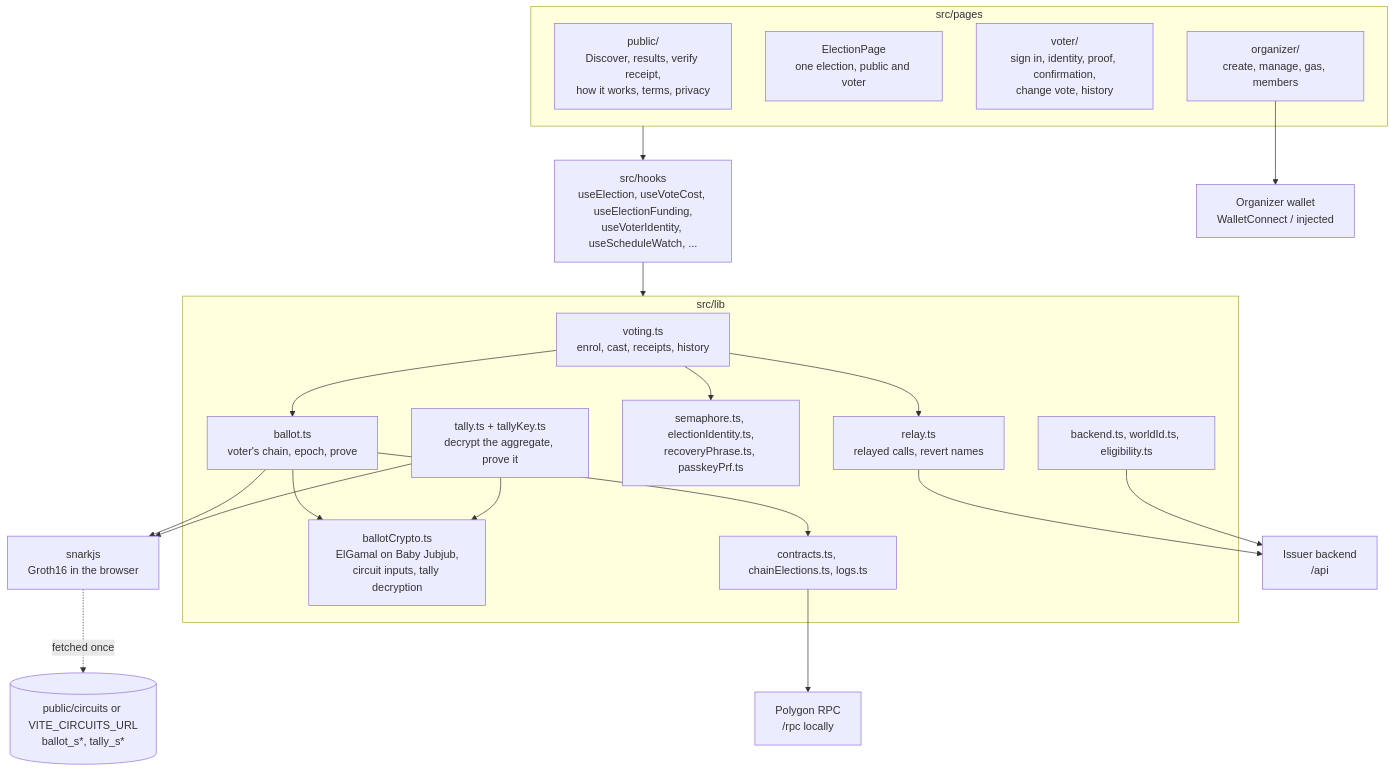
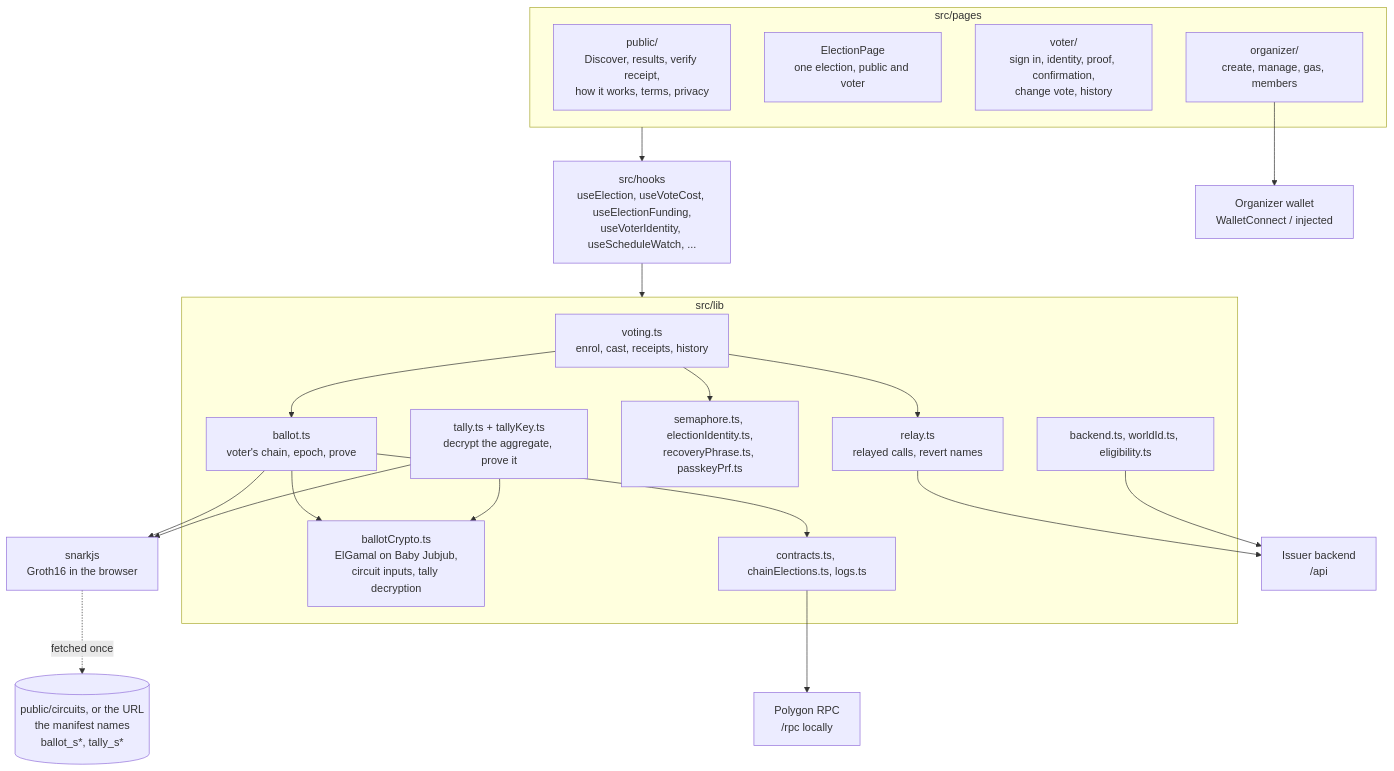
The diagram in frontend/README.md (CodeInIA/votain), drawn with Mermaid before and after one commit. The commit also changed 20 other files, not shown here.

````diff
--- a/frontend/README.md
+++ b/frontend/README.md
@@ -19,42 +19,42 @@
 ```mermaid
 flowchart TB
   subgraph pages["src/pages"]
     public["public/<br/>Discover, results, verify receipt,<br/>how it works, terms, privacy"]
     election["ElectionPage<br/>one election, public and voter"]
     voterp["voter/<br/>sign in, identity, proof, confirmation,<br/>change vote, history"]
     orgp["organizer/<br/>create, manage, gas, members"]
   end
 
   hooks["src/hooks<br/>useElection, useVoteCost, useElectionFunding,<br/>useVoterIdentity, useScheduleWatch, ..."]
 
   subgraph lib["src/lib"]
     voting["voting.ts<br/>enrol, cast, receipts, history"]
     ballot["ballot.ts<br/>voter's chain, epoch, prove"]
     crypto["ballotCrypto.ts<br/>ElGamal on Baby Jubjub,<br/>circuit inputs, tally decryption"]
     tally["tally.ts + tallyKey.ts<br/>decrypt the aggregate, prove it"]
     identity["semaphore.ts, electionIdentity.ts,<br/>recoveryPhrase.ts, passkeyPrf.ts"]
     relay["relay.ts<br/>relayed calls, revert names"]
     chainread["contracts.ts, chainElections.ts, logs.ts"]
     backendlib["backend.ts, worldId.ts, eligibility.ts"]
   end
 
   snark["snarkjs<br/>Groth16 in the browser"]
-  files[("public/circuits or VITE_CIRCUITS_URL<br/>ballot_s*, tally_s*")]
+  files[("public/circuits, or the URL<br/>the manifest names<br/>ballot_s*, tally_s*")]
   api["Issuer backend<br/>/api"]
   rpc["Polygon RPC<br/>/rpc locally"]
   wallet["Organizer wallet<br/>WalletConnect / injected"]
 
   pages --> hooks --> lib
   voting --> ballot --> crypto
   voting --> identity
   voting --> relay
   tally --> crypto
   ballot --> snark
   tally --> snark
   snark -. "fetched once" .-> files
   relay --> api
   backendlib --> api
   chainread --> rpc
   ballot --> chainread
   orgp --> wallet
 ```
````
